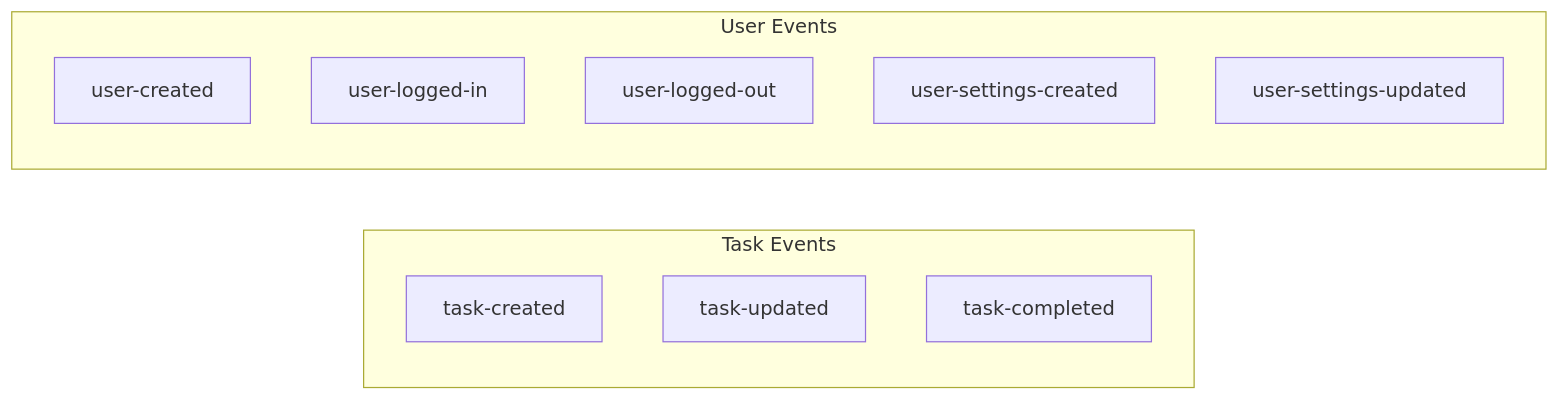
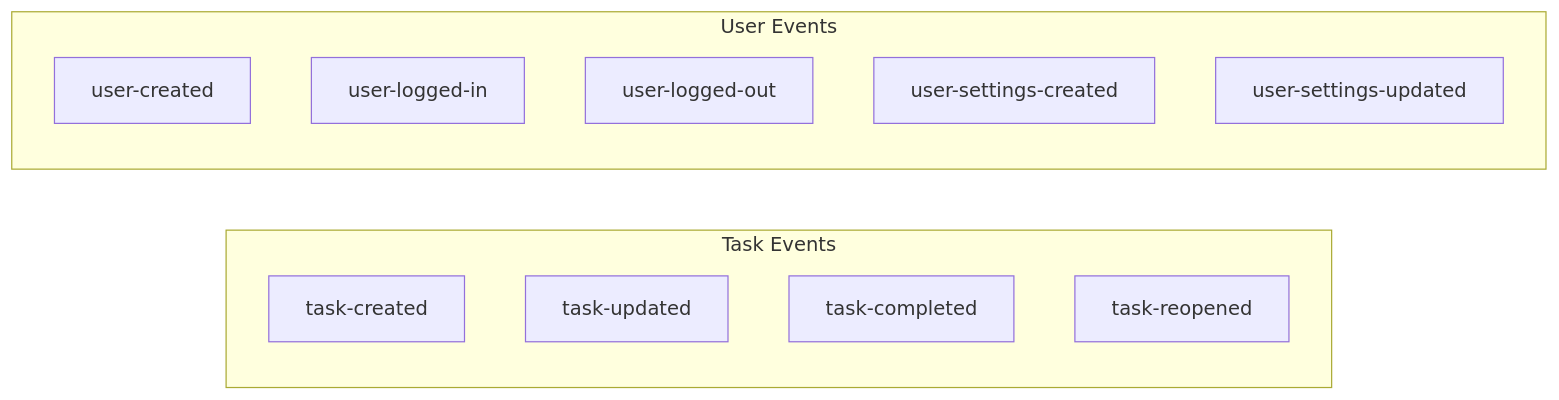
One commit to MisterVVP/prism-plan changed the diagram in docs/events.md. Above: the diagram before and after it, drawn with Mermaid. The commit also changed other lines of this file and 24 other files, not shown here.

````diff
--- a/docs/events.md
+++ b/docs/events.md
@@ -5,15 +5,16 @@
 ```mermaid
 flowchart LR
     subgraph Task Events
         TC[task-created]
         TU[task-updated]
         TCOMP[task-completed]
+        TREO[task-reopened]
     end
     subgraph User Events
         UC[user-created]
         ULIN[user-logged-in]
         ULO[user-logged-out]
         USC[user-settings-created]
         USU[user-settings-updated]
     end
 ```
````
